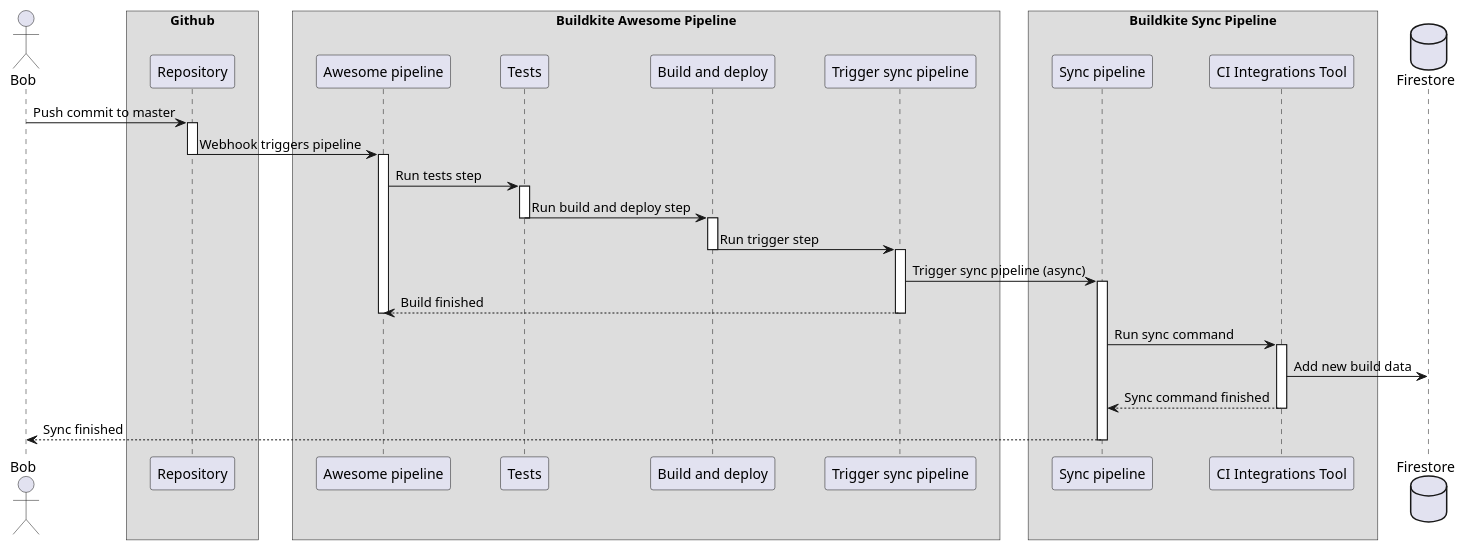
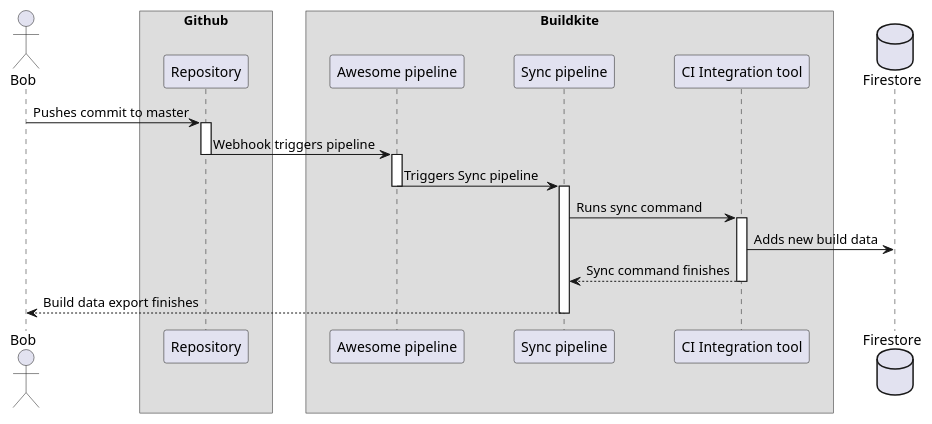
Before and after one commit to Flank/flank-dashboard: the diagram in docs/diagrams/buildkite_sync_sequence_diagram.puml, drawn with PlantUML. The commit also changed 1 other file, not shown here.

Commit message:
Update documentation,update sequence diagram

```diff
--- a/docs/diagrams/buildkite_sync_sequence_diagram.puml
+++ b/docs/diagrams/buildkite_sync_sequence_diagram.puml
@@ -1,59 +1,40 @@
 @startuml buildkite_sequence_diagram
     skinparam ParticipantPadding 20
     skinparam BoxPadding 10
 
     actor Bob
 
     box Github
         participant Repository
     endbox
 
-    box Buildkite Awesome Pipeline
+    box Buildkite
         participant "Awesome pipeline"
-        participant Tests
-        Participant "Build and deploy"
-        Participant "Trigger sync pipeline"
-    endbox
-
-    box Buildkite Sync Pipeline
         participant "Sync pipeline"
-        participant "CI Integrations Tool"
+        participant "CI Integration tool"
     endbox
 
     database "Firestore" as FS
 
-    Bob -> Repository : Push commit to master
+    Bob -> Repository : Pushes commit to master
     activate Repository
 
     Repository -> "Awesome pipeline" : Webhook triggers pipeline
     deactivate Repository
     activate "Awesome pipeline"
 
-    "Awesome pipeline" -> Tests : Run tests step
-    activate Tests
+    "Awesome pipeline" -> "Sync pipeline" : Triggers Sync pipeline
+    deactivate "Awesome pipeline"
+    activate "Sync pipeline"
 
-    Tests -> "Build and deploy" : Run build and deploy step
-    deactivate Tests
-    activate "Build and deploy"
+    "Sync pipeline" -> "CI Integration tool" : Runs sync command
+    activate "CI Integration tool"
 
-    "Build and deploy" -> "Trigger sync pipeline" : Run trigger step
-    deactivate "Build and deploy"
-    activate "Trigger sync pipeline"
+    "CI Integration tool" -> FS : Adds new build data
 
-    "Trigger sync pipeline" -> "Sync pipeline" : Trigger sync pipeline (async)
-    activate "Sync pipeline"
-    "Trigger sync pipeline" --> "Awesome pipeline" : Build finished
-    deactivate "Trigger sync pipeline"
-    deactivate "Awesome pipeline"
+    "CI Integration tool" --> "Sync pipeline" : Sync command finishes
+    deactivate "CI Integration tool"
 
-    "Sync pipeline" -> "CI Integrations Tool" : Run sync command
-    activate "CI Integrations Tool"
-    "CI Integrations Tool" -> FS : Add new build data
-
-    "CI Integrations Tool" --> "Sync pipeline" : Sync command finished
-    deactivate "CI Integrations Tool"
-
-    "Sync pipeline" --> Bob : Sync finished
+    "Sync pipeline" --> Bob : Build data export finishes
     deactivate "Sync pipeline"
-
 @enduml
```
